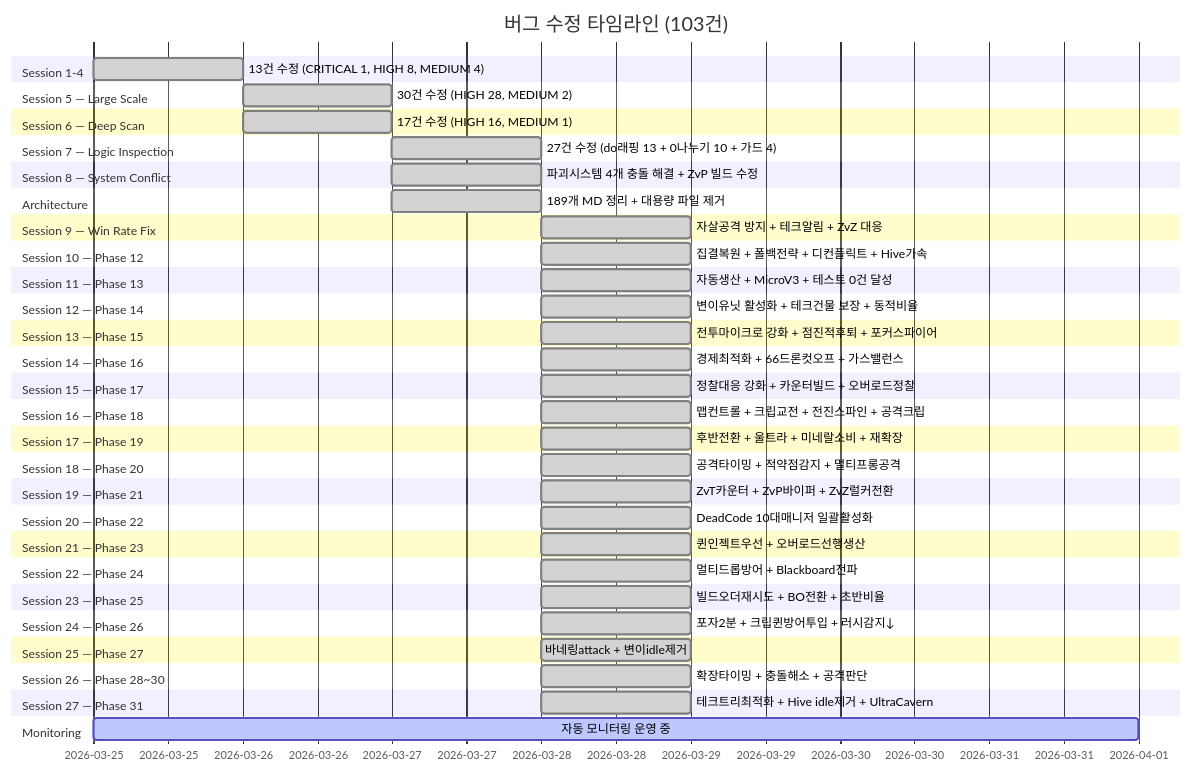
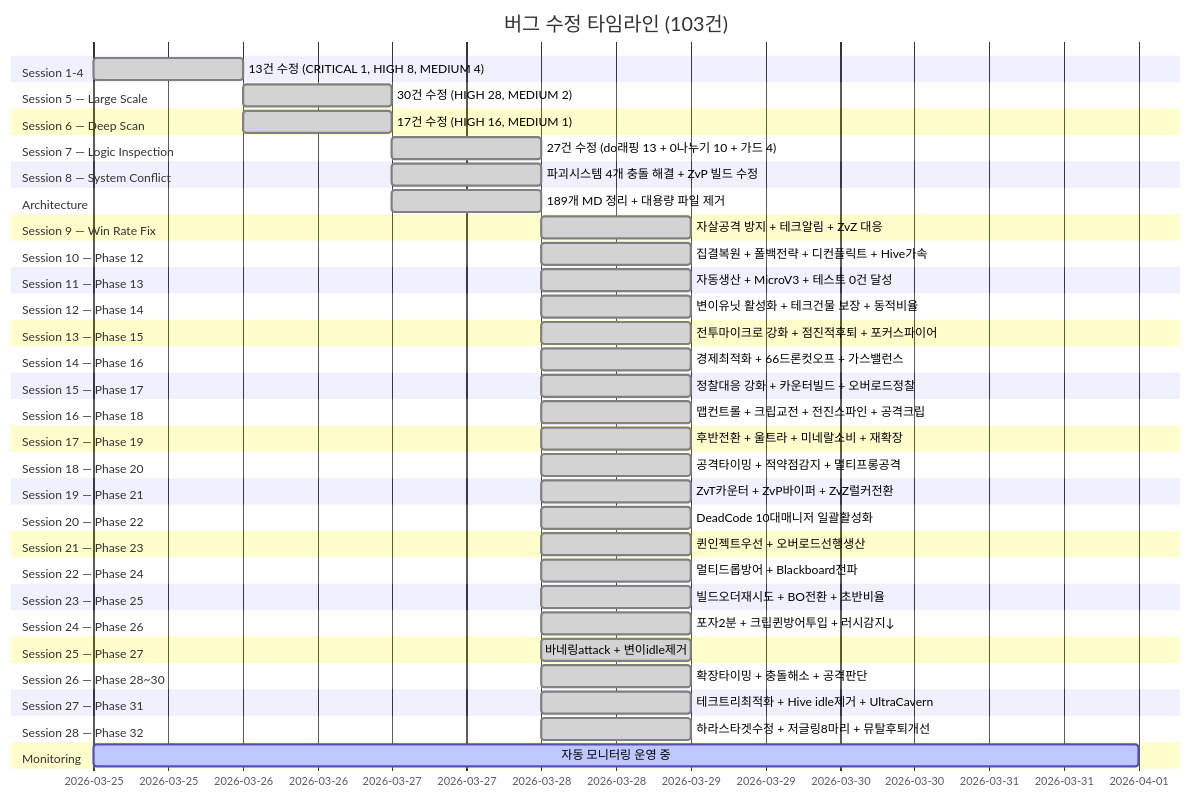
Before and after one commit to sun475300-sudo/Swarm-control-in-sc2bot: diagram 23 of 31 in README.md, drawn with Mermaid. The commit also changed other lines of this file and 2 other files, not shown here.

Commit message:
feat: Phase 32 견제하라스AI개선 — 타겟선택수정 + 저글링8마리 + 뮤탈후퇴/공격개선

````diff
--- a/README.md
+++ b/README.md
@@ -633,57 +633,59 @@
 ```mermaid
 gantt
     title 버그 수정 타임라인 (103건)
     dateFormat YYYY-MM-DD
     section Session 1-4
         13건 수정 (CRITICAL 1, HIGH 8, MEDIUM 4)   :done, s1, 2026-03-25, 1d
     section Session 5 — Large Scale
         30건 수정 (HIGH 28, MEDIUM 2)              :done, s5, 2026-03-26, 1d
     section Session 6 — Deep Scan
         17건 수정 (HIGH 16, MEDIUM 1)              :done, s6, 2026-03-26, 1d
     section Session 7 — Logic Inspection
         27건 수정 (do래핑 13 + 0나누기 10 + 가드 4) :done, s7, 2026-03-27, 1d
     section Session 8 — System Conflict
         파괴시스템 4개 충돌 해결 + ZvP 빌드 수정    :done, s8, 2026-03-27, 1d
     section Architecture
         189개 MD 정리 + 대용량 파일 제거            :done, s9, 2026-03-27, 1d
     section Session 9 — Win Rate Fix
         자살공격 방지 + 테크알림 + ZvZ 대응         :done, s10, 2026-03-28, 1d
     section Session 10 — Phase 12
         집결복원 + 폴백전략 + 디컨플릭트 + Hive가속 :done, s11, 2026-03-28, 1d
     section Session 11 — Phase 13
         자동생산 + MicroV3 + 테스트 0건 달성       :done, s12, 2026-03-28, 1d
     section Session 12 — Phase 14
         변이유닛 활성화 + 테크건물 보장 + 동적비율  :done, s13, 2026-03-28, 1d
     section Session 13 — Phase 15
         전투마이크로 강화 + 점진적후퇴 + 포커스파이어 :done, s14, 2026-03-28, 1d
     section Session 14 — Phase 16
         경제최적화 + 66드론컷오프 + 가스밸런스     :done, s15, 2026-03-28, 1d
     section Session 15 — Phase 17
         정찰대응 강화 + 카운터빌드 + 오버로드정찰   :done, s16, 2026-03-28, 1d
     section Session 16 — Phase 18
         맵컨트롤 + 크립교전 + 전진스파인 + 공격크립 :done, s17, 2026-03-28, 1d
     section Session 17 — Phase 19
         후반전환 + 울트라 + 미네랄소비 + 재확장    :done, s18, 2026-03-28, 1d
     section Session 18 — Phase 20
         공격타이밍 + 적약점감지 + 멀티프롱공격     :done, s19, 2026-03-28, 1d
     section Session 19 — Phase 21
         ZvT카운터 + ZvP바이퍼 + ZvZ럴커전환      :done, s20, 2026-03-28, 1d
     section Session 20 — Phase 22
         DeadCode 10대매니저 일괄활성화            :done, s21, 2026-03-28, 1d
     section Session 21 — Phase 23
         퀸인젝트우선 + 오버로드선행생산          :done, s22, 2026-03-28, 1d
     section Session 22 — Phase 24
         멀티드롭방어 + Blackboard전파           :done, s23, 2026-03-28, 1d
     section Session 23 — Phase 25
         빌드오더재시도 + BO전환 + 초반비율     :done, s24, 2026-03-28, 1d
     section Session 24 — Phase 26
         포자2분 + 크립퀸방어투입 + 러시감지↓  :done, s25, 2026-03-28, 1d
     section Session 25 — Phase 27
         바네링attack + 변이idle제거         :done, s26, 2026-03-28, 1d
     section Session 26 — Phase 28~30
         확장타이밍 + 충돌해소 + 공격판단   :done, s27, 2026-03-28, 1d
     section Session 27 — Phase 31
         테크트리최적화 + Hive idle제거 + UltraCavern :done, s28, 2026-03-28, 1d
+    section Session 28 — Phase 32
+        하라스타겟수정 + 저글링8마리 + 뮤탈후퇴개선  :done, s29, 2026-03-28, 1d
     section Monitoring
         자동 모니터링 운영 중                        :active, mon, 2026-03-25, 7d
 ```
````
